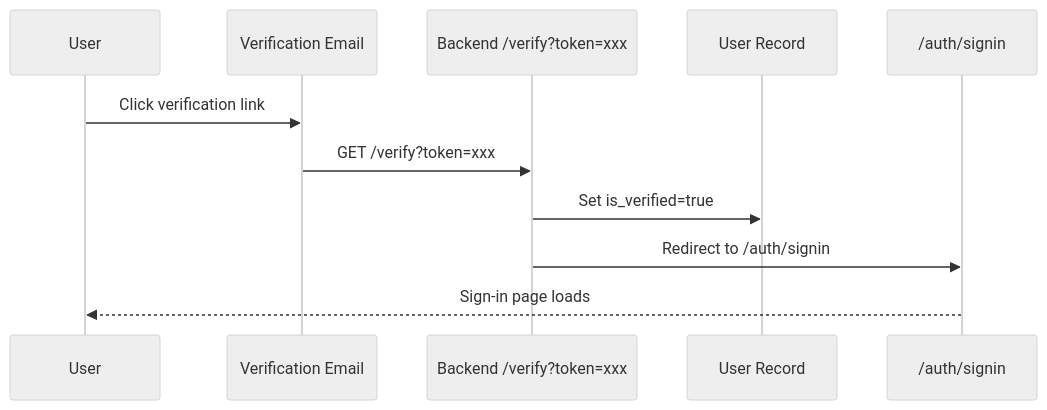
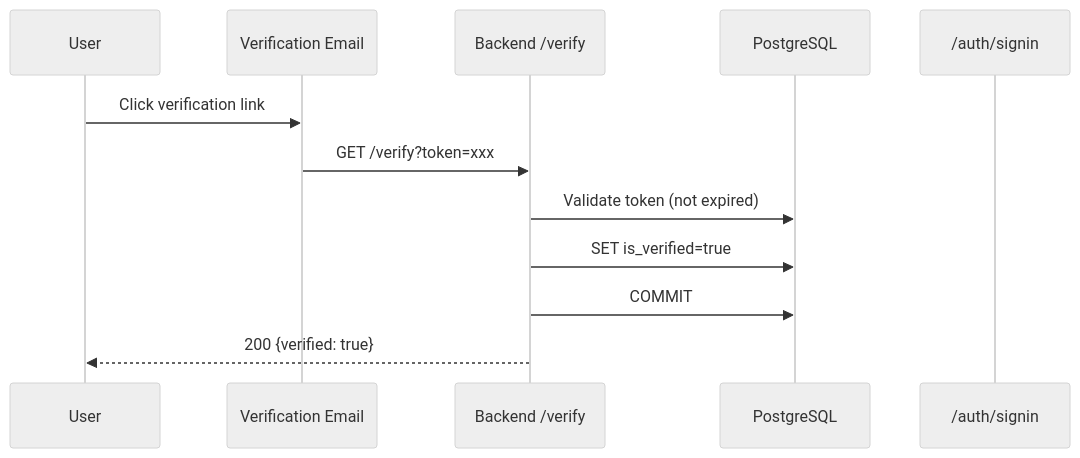
The second of 16 diagrams in docs/auth-system.md (full-chaos/dev-health-web), drawn with Mermaid (neutral theme) before and after one commit. The commit also changed other lines of this file and 1 other file, not shown here.

First line of the commit message:
docs: add comprehensive user journey documentation with Mermaid diagrams

````diff
--- a/docs/auth-system.md
+++ b/docs/auth-system.md
@@ -50,14 +79,15 @@
 ```mermaid
 sequenceDiagram
     participant U as User
     participant E as Verification Email
-    participant V as Backend /verify?token=xxx
-    participant DB as User Record
+    participant V as Backend /verify
+    participant DB as PostgreSQL
     participant SI as /auth/signin
 
     U->>E: Click verification link
     E->>V: GET /verify?token=xxx
-    V->>DB: Set is_verified=true
-    V->>SI: Redirect to /auth/signin
-    SI-->>U: Sign-in page loads
+    V->>DB: Validate token (not expired)
+    V->>DB: SET is_verified=true
+    V->>DB: COMMIT
+    V-->>U: 200 {verified: true}
 ```
````
